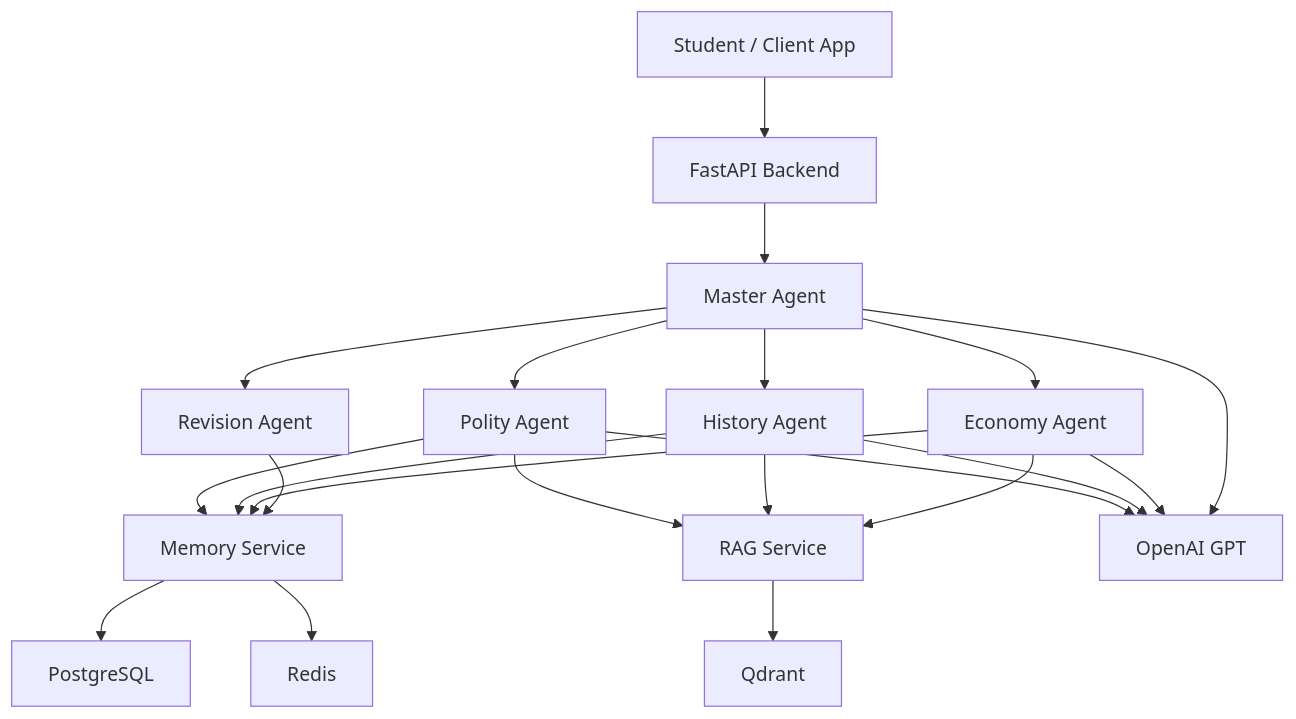
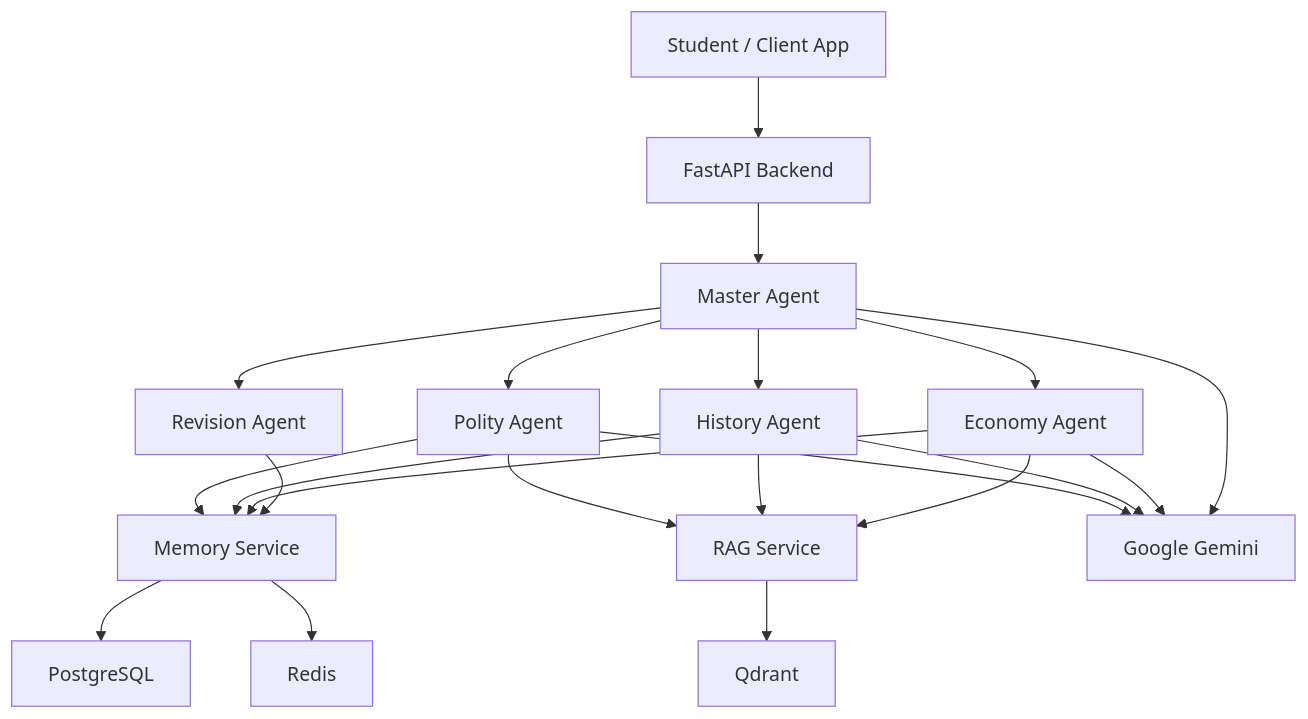
The first of 6 diagrams in docs/ARCHITECTURE.md (dk5488/AI-University), drawn with Mermaid before and after one commit. The commit also changed other lines of this file and 17 other files, not shown here.

Commit message:
B-01: OpenAI API to gemini migration

````diff
--- a/docs/ARCHITECTURE.md
+++ b/docs/ARCHITECTURE.md
@@ -17,23 +17,23 @@
 ```mermaid
 flowchart TD
     User["Student / Client App"] --> API["FastAPI Backend"]
     API --> Master["Master Agent"]
     Master --> Polity["Polity Agent"]
     Master --> History["History Agent"]
     Master --> Economy["Economy Agent"]
     Master --> Revision["Revision Agent"]
     Polity --> Memory["Memory Service"]
     History --> Memory
     Economy --> Memory
     Revision --> Memory
     Polity --> RAG["RAG Service"]
     History --> RAG
     Economy --> RAG
     RAG --> VectorDB["Qdrant"]
     Memory --> Postgres["PostgreSQL"]
     Memory --> Redis["Redis"]
-    Polity --> LLM["OpenAI GPT"]
+    Polity --> LLM["Google Gemini"]
     History --> LLM
     Economy --> LLM
     Master --> LLM
 ```
````
